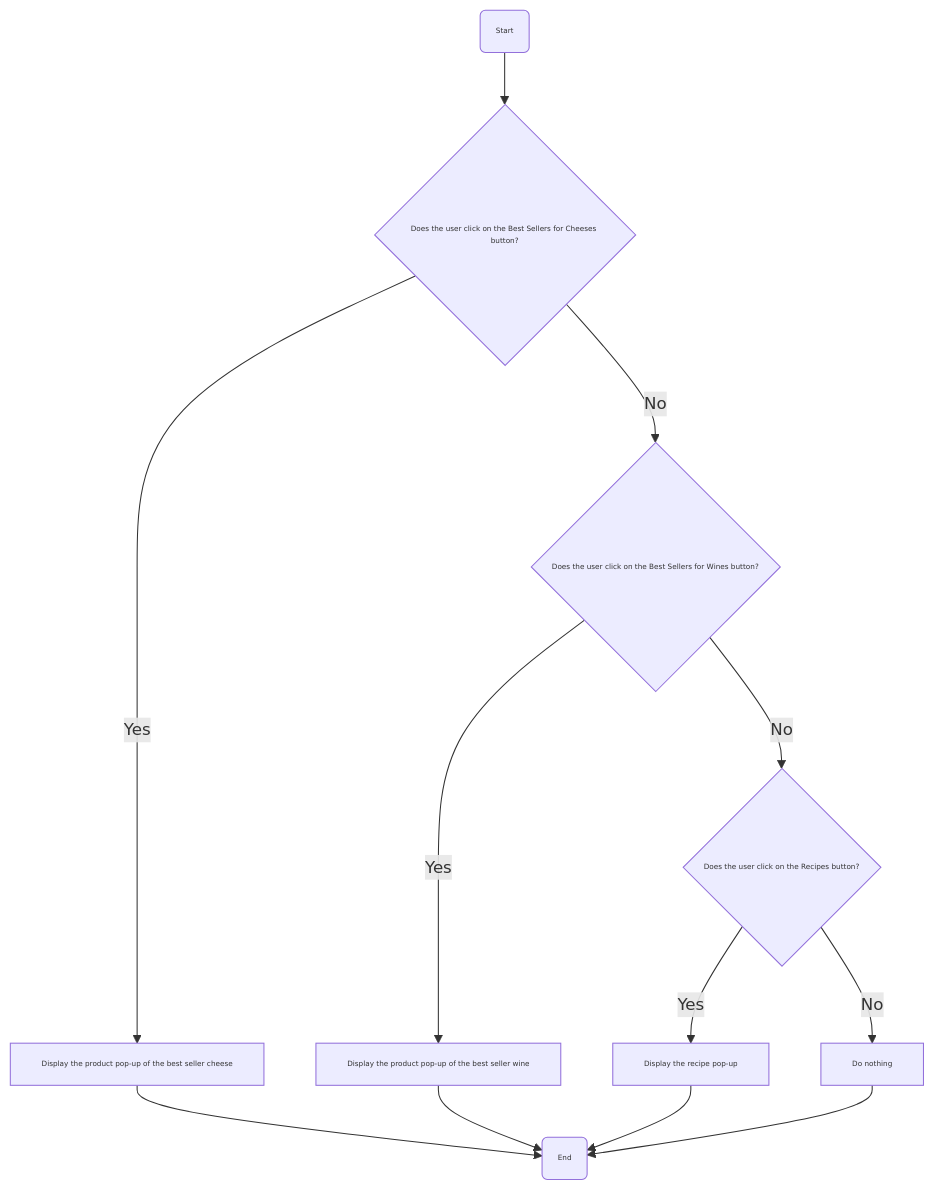
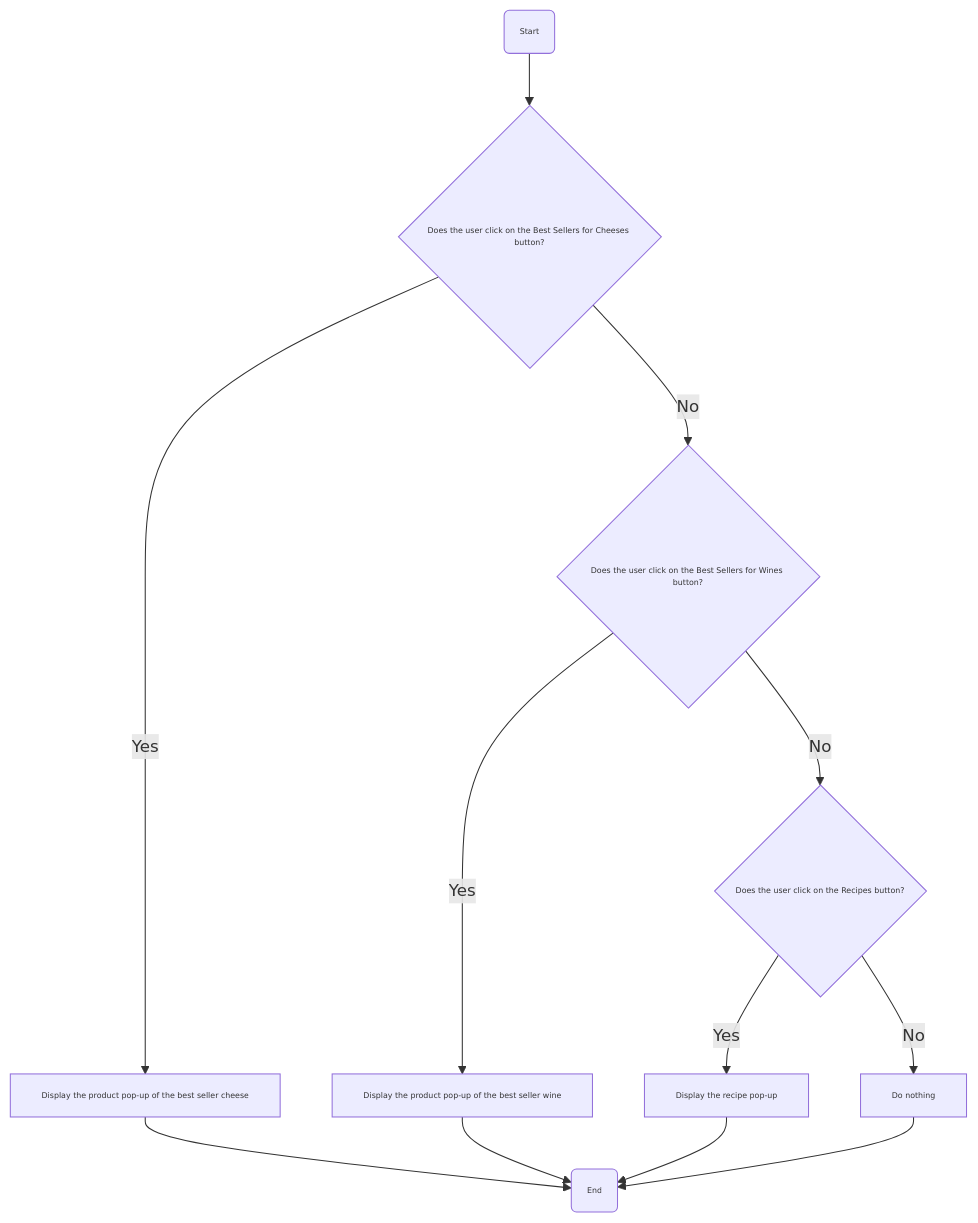
One commit to algosup/2024-2025-project-5-bubble-intermarche-team-2 changed the seventh of 11 diagrams in Documents/Technical/technical_specifications.md. Above: the diagram before and after it, drawn with Mermaid. The commit also changed other lines of this file, not shown here.

````diff
--- a/Documents/Technical/technical_specifications.md
+++ b/Documents/Technical/technical_specifications.md
@@ -399,15 +392,15 @@
 ```mermaid
 graph TD
     A(Start) --> B{Does the user click on the Best Sellers for Cheeses button?}
     B -->|Yes| C[Display the product pop-up of the best seller cheese]
     B -->|No| D{Does the user click on the Best Sellers for Wines button?}
     D -->|Yes| E[Display the product pop-up of the best seller wine]
     D -->|No| F{Does the user click on the Recipes button?}
     F -->|Yes| G[Display the recipe pop-up]
     F -->|No| H[Do nothing]
     C --> I(End)
     E --> I
     G --> I
     H --> I
-    classDef default font-size:7px;
+    classDef default font-size:7.6px;
 ```
````
